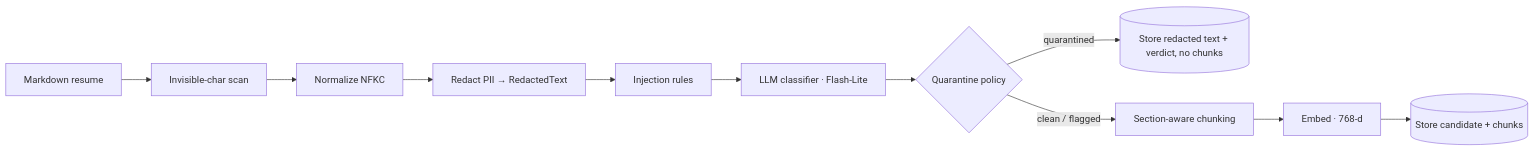
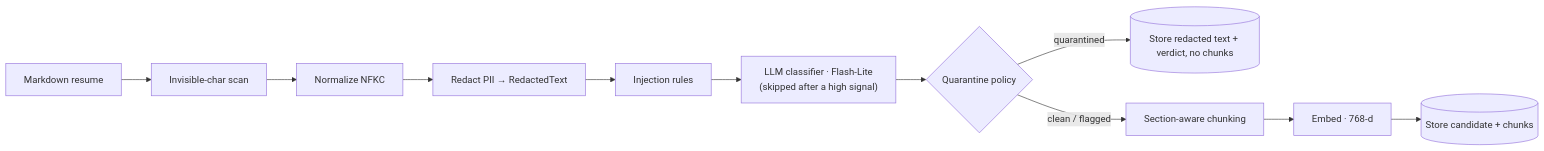
The second of 5 diagrams in docs/SPEC.md (Hqasim/hiresignal), drawn with Mermaid before and after one commit. The commit also changed other lines of this file and 2 other files, not shown here.

First line of the commit message:
docs(adr): 0013 layered injection defense and quarantine policy

````diff
--- a/docs/SPEC.md
+++ b/docs/SPEC.md
@@ -200,7 +200,7 @@
 ```mermaid
 flowchart LR
   A[Markdown resume] --> B[Invisible-char scan] --> C[Normalize NFKC] --> D[Redact PII → RedactedText]
-  D --> E[Injection rules] --> F[LLM classifier · Flash-Lite] --> G{Quarantine policy}
+  D --> E[Injection rules] --> F["LLM classifier · Flash-Lite<br/>(skipped after a high signal)"] --> G{Quarantine policy}
   G -->|quarantined| H[("Store redacted text + verdict, no chunks")]
   G -->|clean / flagged| I[Section-aware chunking] --> J[Embed · 768-d] --> K[(Store candidate + chunks)]
 ```
````
